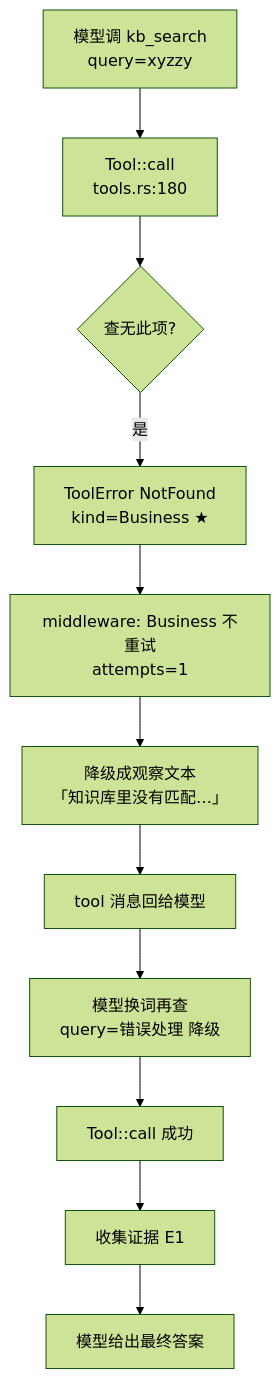
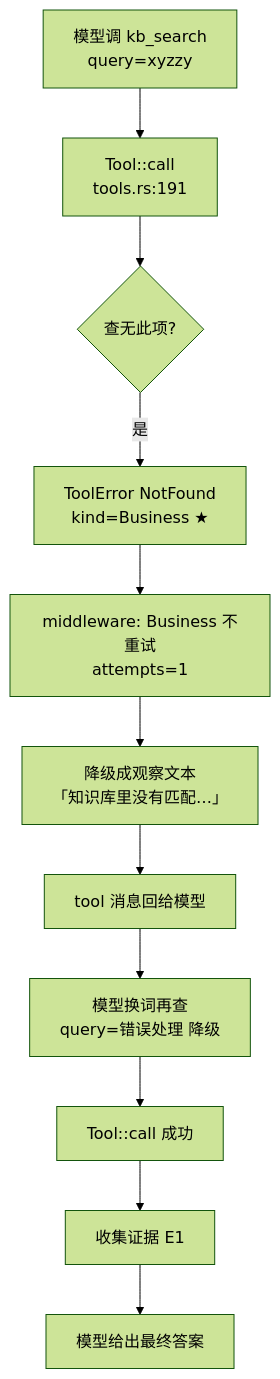
One commit to heheshang/agent-learn changed the seventh of 10 diagrams in 19-agent-summary/README.md. Above: the diagram before and after it, drawn with Mermaid (forest theme). The commit also changed other lines of this file and 33 other files, not shown here.

````diff
--- a/19-agent-summary/README.md
+++ b/19-agent-summary/README.md
@@ -380,13 +380,13 @@
 ```mermaid
 graph TD
-    A["模型调 kb_search<br/>query=xyzzy"] --> B["Tool::call<br/>tools.rs:180"]
+    A["模型调 kb_search<br/>query=xyzzy"] --> B["Tool::call<br/>tools.rs:191"]
     B --> C{"查无此项?"}
     C -->|"是"| D["ToolError NotFound<br/>kind=Business ★"]
     D --> E["middleware: Business 不重试<br/>attempts=1"]
     E --> F["降级成观察文本<br/>「知识库里没有匹配…」"]
     F --> G["tool 消息回给模型"]
     G --> H["模型换词再查<br/>query=错误处理 降级"]
     H --> I["Tool::call 成功"]
     I --> J["收集证据 E1"]
     J --> K["模型给出最终答案"]
 ```
````
